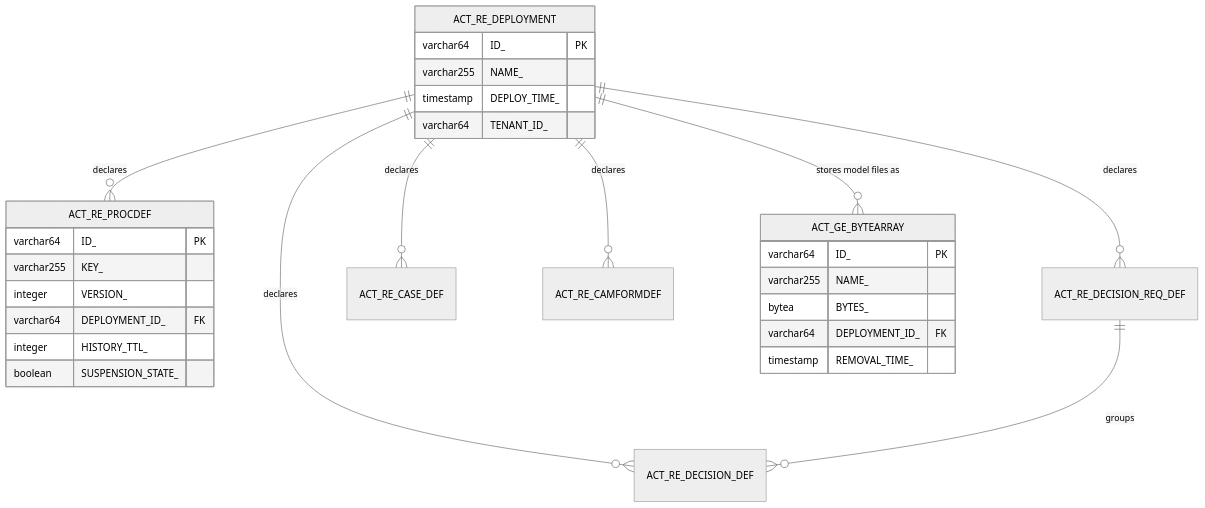
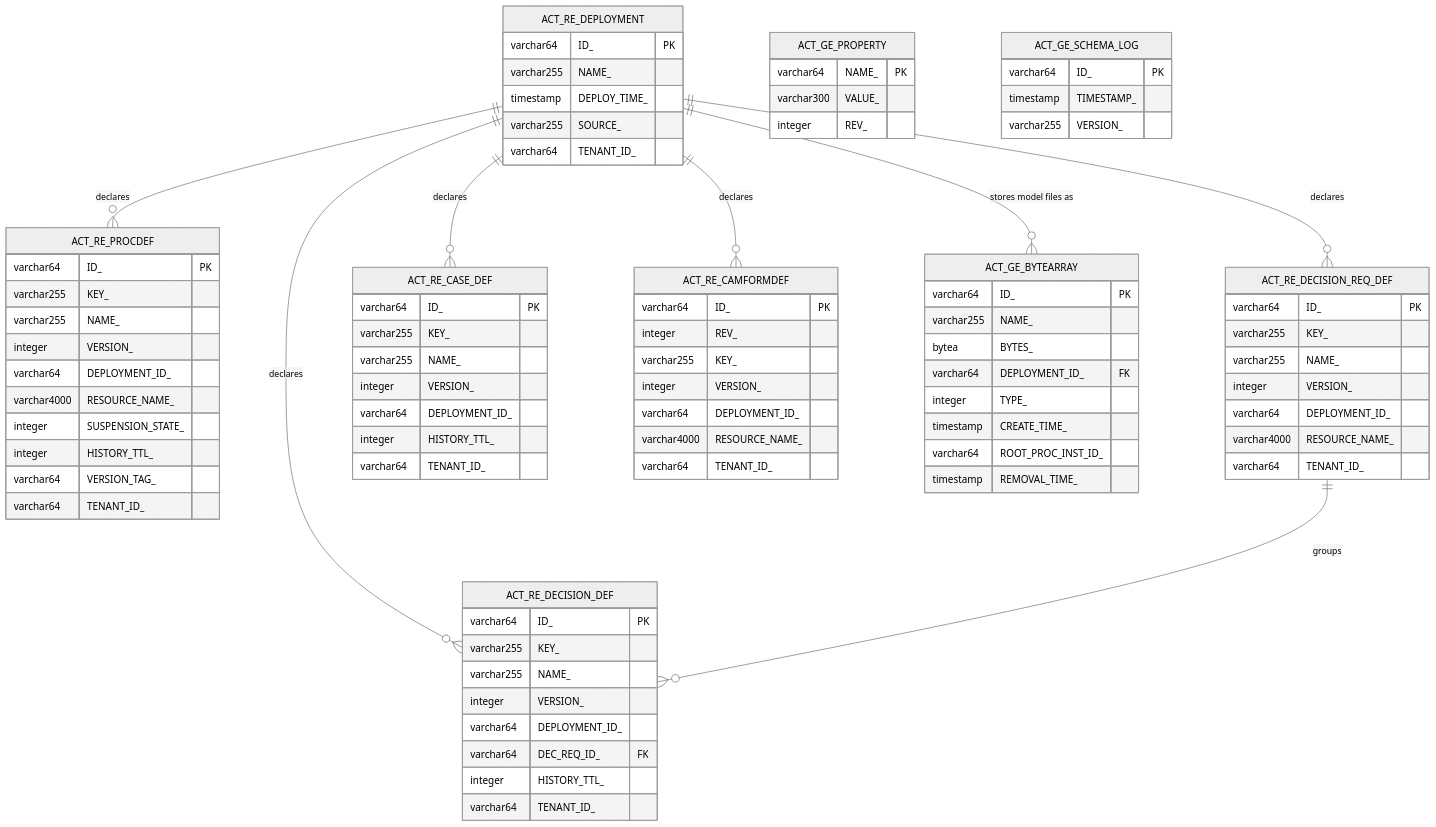
Before and after one commit to opentmf/opentmf-cadenzaflow: the fourth of 7 diagrams in README.md, drawn with Mermaid (neutral theme). The commit also changed other lines of this file and 2 other files, not shown here.

````diff
--- a/README.md
+++ b/README.md
@@ -527,24 +557,79 @@
     ACT_RE_DECISION_REQ_DEF ||--o{ ACT_RE_DECISION_DEF     : "groups"
 
     ACT_RE_DEPLOYMENT {
-        varchar64  ID_ PK
+        varchar64 ID_ PK
         varchar255 NAME_
-        timestamp  DEPLOY_TIME_
-        varchar64  TENANT_ID_
+        timestamp DEPLOY_TIME_
+        varchar255 SOURCE_
+        varchar64 TENANT_ID_
     }
     ACT_RE_PROCDEF {
-        varchar64  ID_ PK
+        varchar64 ID_ PK
         varchar255 KEY_
-        integer    VERSION_
-        varchar64  DEPLOYMENT_ID_ FK
-        integer    HISTORY_TTL_
-        boolean    SUSPENSION_STATE_
+        varchar255 NAME_
+        integer VERSION_
+        varchar64 DEPLOYMENT_ID_
+        varchar4000 RESOURCE_NAME_
+        integer SUSPENSION_STATE_
+        integer HISTORY_TTL_
+        varchar64 VERSION_TAG_
+        varchar64 TENANT_ID_
+    }
+    ACT_RE_DECISION_DEF {
+        varchar64 ID_ PK
+        varchar255 KEY_
+        varchar255 NAME_
+        integer VERSION_
+        varchar64 DEPLOYMENT_ID_
+        varchar64 DEC_REQ_ID_ FK
+        integer HISTORY_TTL_
+        varchar64 TENANT_ID_
+    }
+    ACT_RE_DECISION_REQ_DEF {
+        varchar64 ID_ PK
+        varchar255 KEY_
+        varchar255 NAME_
+        integer VERSION_
+        varchar64 DEPLOYMENT_ID_
+        varchar4000 RESOURCE_NAME_
+        varchar64 TENANT_ID_
+    }
+    ACT_RE_CASE_DEF {
+        varchar64 ID_ PK
+        varchar255 KEY_
+        varchar255 NAME_
+        integer VERSION_
+        varchar64 DEPLOYMENT_ID_
+        integer HISTORY_TTL_
+        varchar64 TENANT_ID_
+    }
+    ACT_RE_CAMFORMDEF {
+        varchar64 ID_ PK
+        integer REV_
+        varchar255 KEY_
+        integer VERSION_
+        varchar64 DEPLOYMENT_ID_
+        varchar4000 RESOURCE_NAME_
+        varchar64 TENANT_ID_
     }
     ACT_GE_BYTEARRAY {
-        varchar64  ID_ PK
+        varchar64 ID_ PK
         varchar255 NAME_
-        bytea      BYTES_
-        varchar64  DEPLOYMENT_ID_ FK
-        timestamp  REMOVAL_TIME_
+        bytea BYTES_
+        varchar64 DEPLOYMENT_ID_ FK
+        integer TYPE_
+        timestamp CREATE_TIME_
+        varchar64 ROOT_PROC_INST_ID_
+        timestamp REMOVAL_TIME_
+    }
+    ACT_GE_PROPERTY {
+        varchar64 NAME_ PK
+        varchar300 VALUE_
+        integer REV_
+    }
+    ACT_GE_SCHEMA_LOG {
+        varchar64 ID_ PK
+        timestamp TIMESTAMP_
+        varchar255 VERSION_
     }
 ```
````
